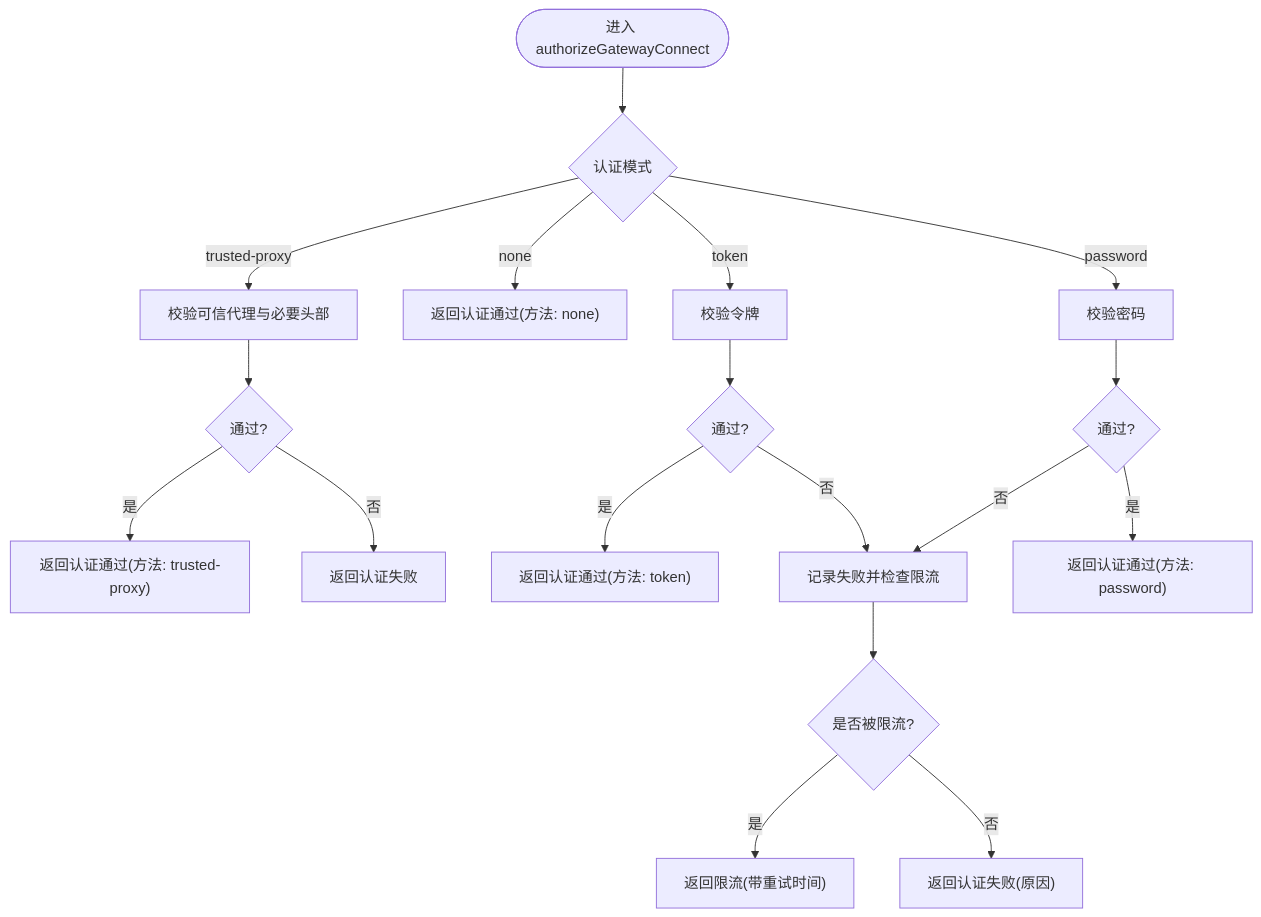
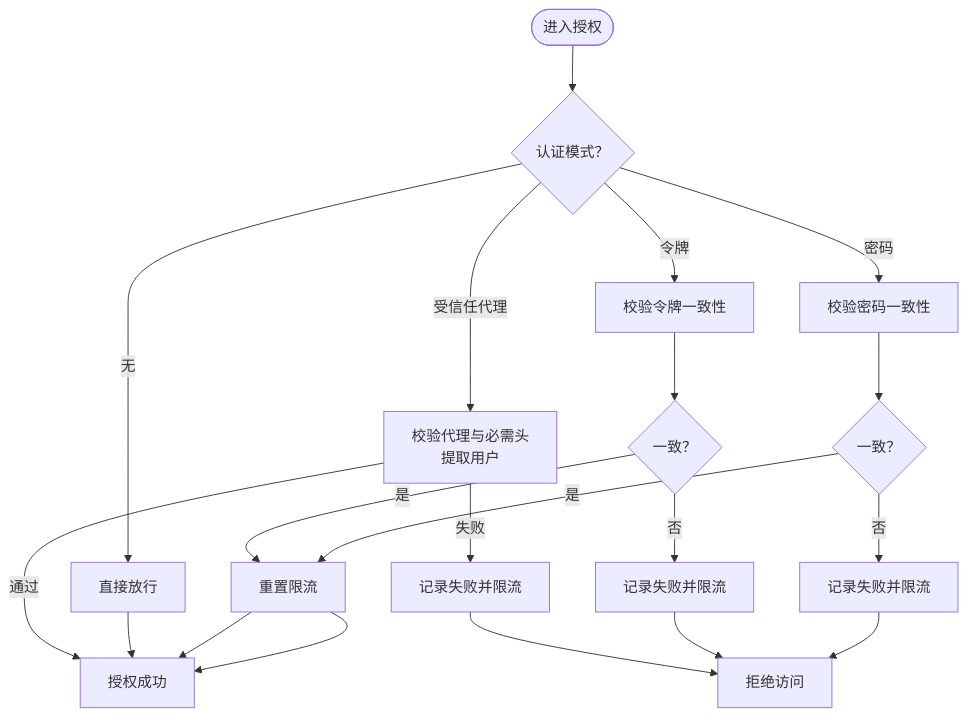
One commit to botx-work/OpenClaw-Internals changed the third of 7 diagrams in repowiki/zh/content/网关系统/网关系统.md. Above: the diagram before and after it, drawn with Mermaid. The commit also changed other lines of this file and 542 other files, not shown here.

````diff
--- a/repowiki/zh/content/网关系统/网关系统.md
+++ b/repowiki/zh/content/网关系统/网关系统.md
@@ -188,20 +121,17 @@
 ```mermaid
 flowchart TD
-Start(["进入 authorizeGatewayConnect"]) --> Mode{"认证模式"}
-Mode --> |trusted-proxy| TP["校验可信代理与必要头部"]
-TP --> TPRes{"通过?"}
-TPRes --> |是| OK1["返回认证通过(方法: trusted-proxy)"]
-TPRes --> |否| Fail1["返回认证失败"]
-Mode --> |none| OK2["返回认证通过(方法: none)"]
-Mode --> |token| TK["校验令牌"]
-TK --> TKRes{"通过?"}
-TKRes --> |是| OK3["返回认证通过(方法: token)"]
-TKRes --> |否| RL["记录失败并检查限流"]
-Mode --> |password| PW["校验密码"]
-PW --> PWRes{"通过?"}
-PWRes --> |是| OK4["返回认证通过(方法: password)"]
-PWRes --> |否| RL
-RL --> Lim{"是否被限流?"}
-Lim --> |是| RFail["返回限流(带重试时间)"]
-Lim --> |否| Fail2["返回认证失败(原因)"]
+Start(["进入授权"]) --> Mode{"认证模式？"}
+Mode --> |受信任代理| Trusted["校验代理与必需头<br/>提取用户"]
+Mode --> |无| AllowNone["直接放行"]
+Mode --> |令牌| Token["校验令牌一致性"]
+Mode --> |密码| Password["校验密码一致性"]
+Trusted --> |通过| Done["授权成功"]
+Trusted --> |失败| RL["记录失败并限流"] --> Deny["拒绝访问"]
+AllowNone --> Done
+Token --> TokOK{"一致？"}
+TokOK --> |是| Reset["重置限流"] --> Done
+TokOK --> |否| RL2["记录失败并限流"] --> Deny
+Password --> PwdOK{"一致？"}
+PwdOK --> |是| Reset --> Done
+PwdOK --> |否| RL3["记录失败并限流"] --> Deny
 ```
````
